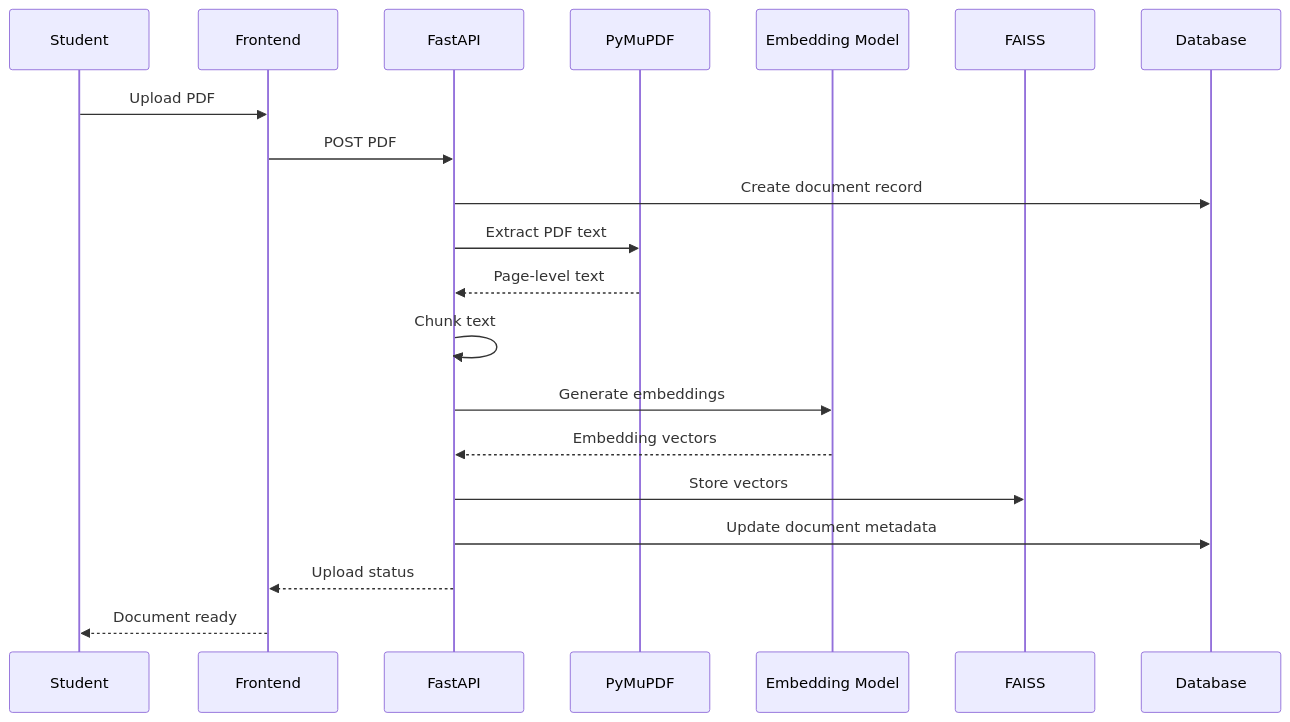
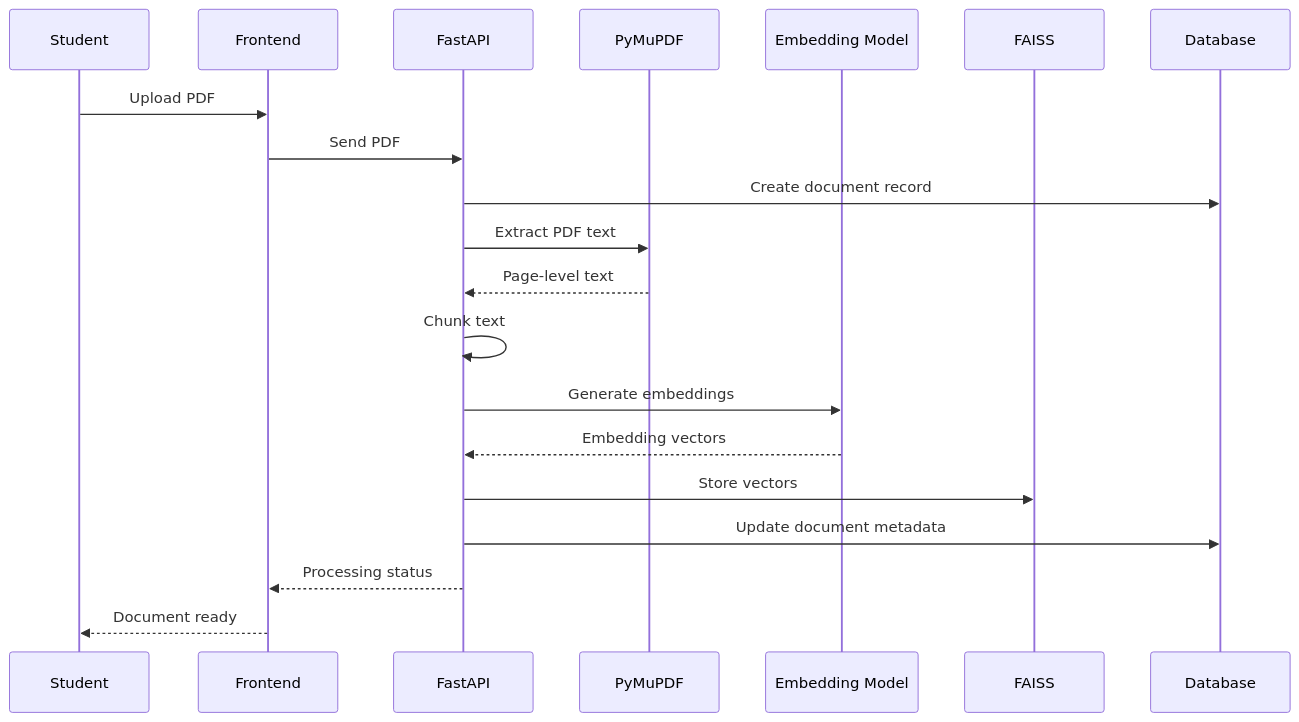
One commit to NAITIKK682/ProfessorMindAI changed the ninth of 15 diagrams in README.md. Above: the diagram before and after it, drawn with Mermaid. The commit also changed other lines of this file, not shown here.

````diff
--- a/README.md
+++ b/README.md
@@ -1592,24 +1711,24 @@
 ```mermaid
 sequenceDiagram
 
     participant U as Student
     participant F as Frontend
     participant A as FastAPI
     participant P as PyMuPDF
     participant E as Embedding Model
     participant V as FAISS
     participant D as Database
 
     U->>F: Upload PDF
-    F->>A: POST PDF
+    F->>A: Send PDF
     A->>D: Create document record
     A->>P: Extract PDF text
     P-->>A: Page-level text
     A->>A: Chunk text
     A->>E: Generate embeddings
     E-->>A: Embedding vectors
     A->>V: Store vectors
     A->>D: Update document metadata
-    A-->>F: Upload status
+    A-->>F: Processing status
     F-->>U: Document ready
 ```
````
